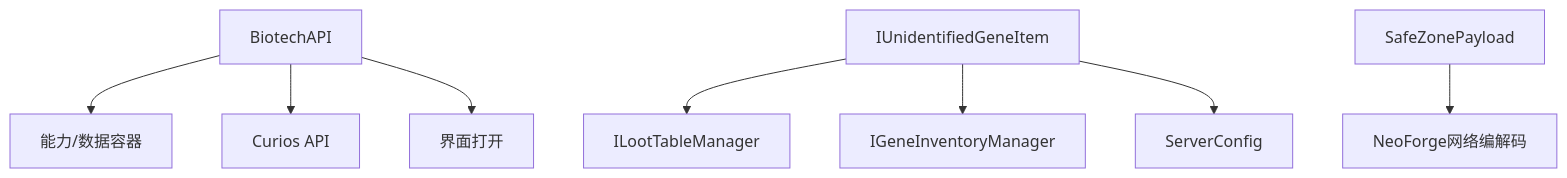
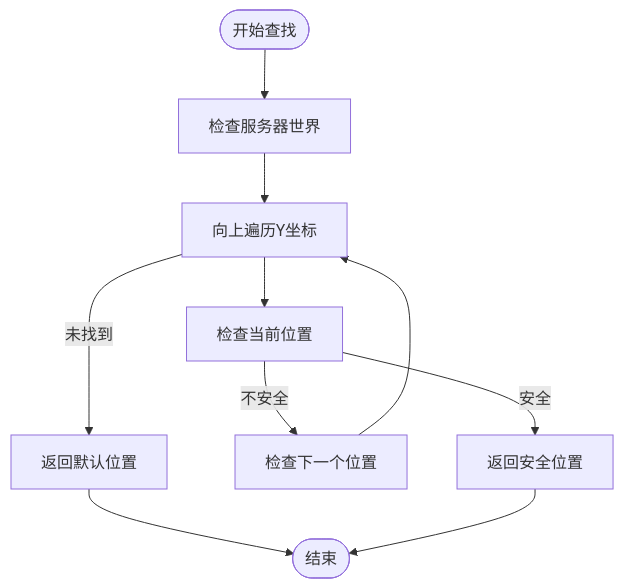
Before and after one commit to Ver-shift/SubModulesGeneHunter: the sixth of 6 diagrams in .qoder/repowiki/zh/content/API参考文档/API参考文档.md, drawn with Mermaid. The commit also changed other lines of this file and 16 other files, not shown here.

````diff
--- a/.qoder/repowiki/zh/content/API参考文档/API参考文档.md
+++ b/.qoder/repowiki/zh/content/API参考文档/API参考文档.md
@@ -364,10 +525,12 @@
 ```mermaid
-graph TB
-API["BiotechAPI"] --> CAP["能力/数据容器"]
-API --> CURIOS["Curios API"]
-API --> UI["界面打开"]
-UNIDENT["IUnidentifiedGeneItem"] --> LOOT["ILootTableManager"]
-UNIDENT --> INV["IGeneInventoryManager"]
-UNIDENT --> CFG["ServerConfig"]
-SZPAY["SafeZonePayload"] --> NET["NeoForge网络编解码"]
+flowchart TD
+Start(["开始查找"]) --> CheckWorld["检查服务器世界"]
+CheckWorld --> Loop["向上遍历Y坐标"]
+Loop --> CheckPos["检查当前位置"]
+CheckPos --> |安全| Return["返回安全位置"]
+CheckPos --> |不安全| Next["检查下一个位置"]
+Next --> Loop
+Loop --> |未找到| Default["返回默认位置"]
+Default --> End(["结束"])
+Return --> End
 ```
````
